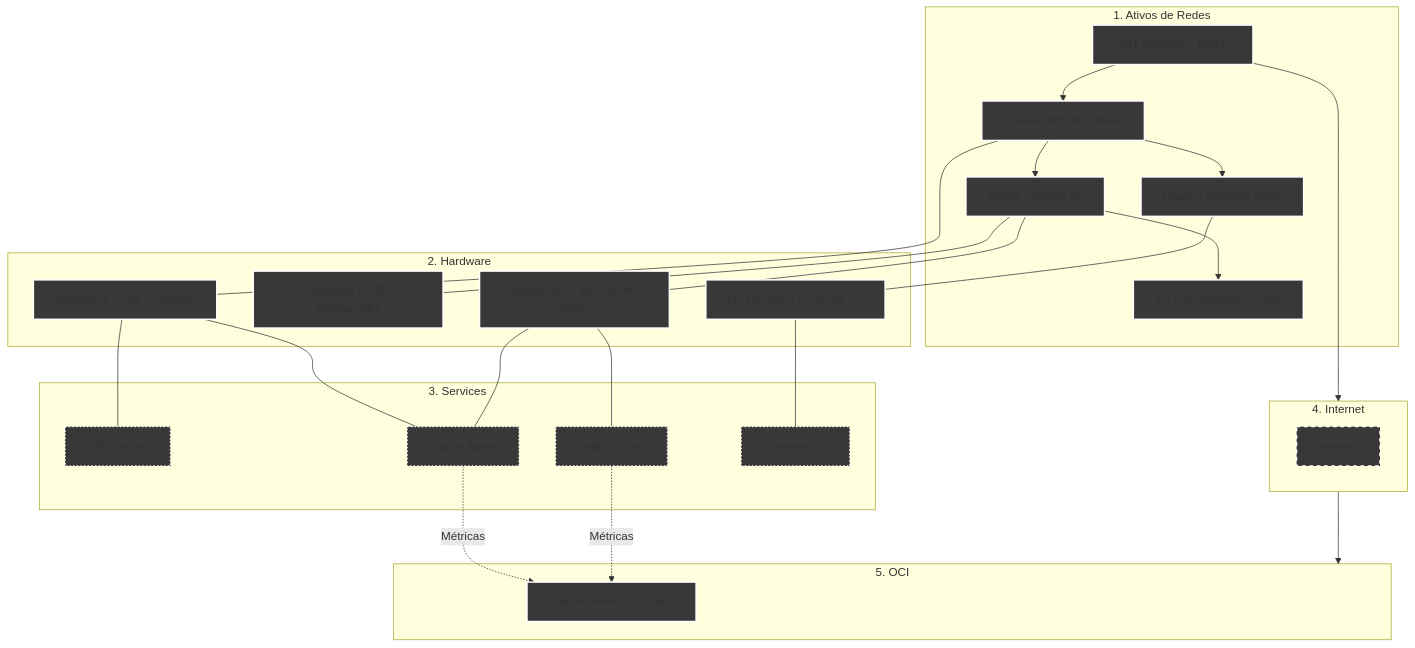
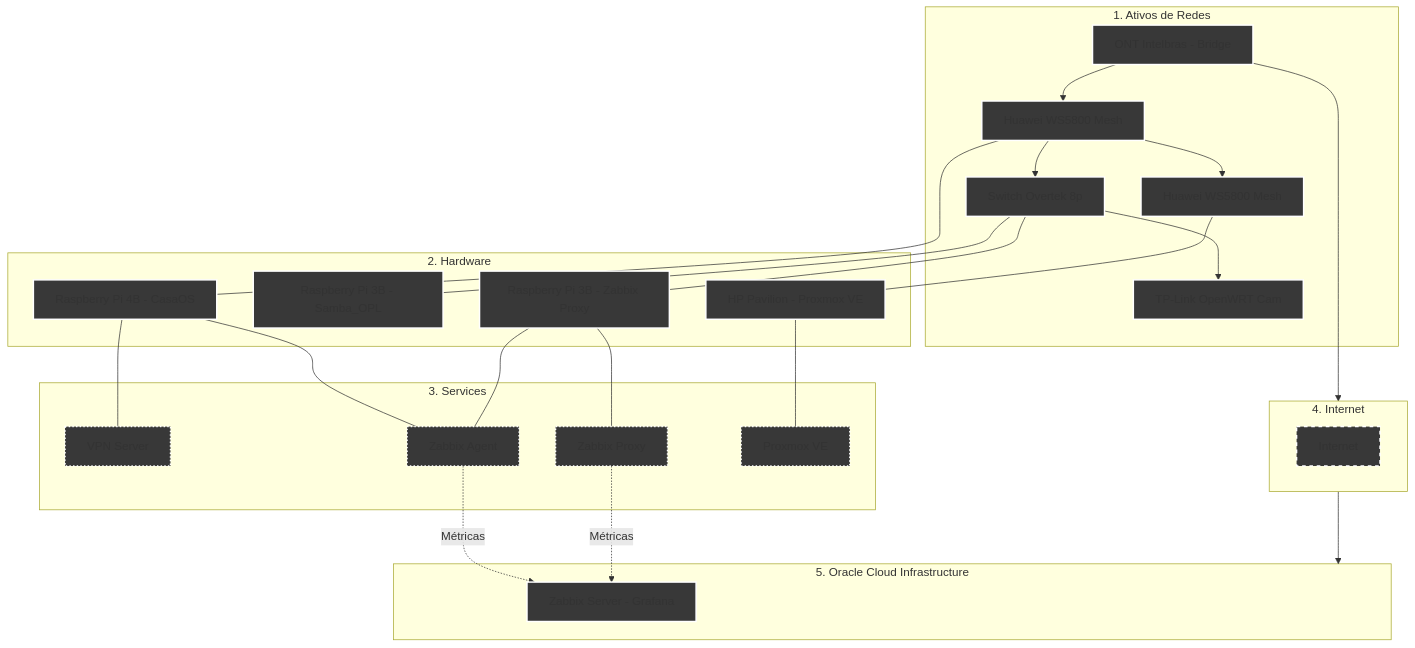
The diagram in Infraestructure/README.md (kevindexter22/Dr-Hardware-Autonet), drawn with Mermaid before and after one commit.

````diff
--- a/Infraestructure/README.md
+++ b/Infraestructure/README.md
@@ -13,53 +13,53 @@
 ```mermaid
 graph TD
     %% Styles
     classDef network fill:#383838,stroke:#FFFFFF,stroke-width:2px;
     classDef hardware fill:#383838,stroke:#FFFFFF,stroke-width:2px;
     classDef internet fill:#383838,stroke:#FFFFFF,stroke-width:2px,stroke-dasharray: 5 5;
     classDef services fill:#383838,stroke:#FFFFFF,stroke-width:2px, stroke-dasharray: 2 3;
     classDef oci fill:#383838,stroke:#FFFFFF,stroke-width:2px;
 
     %% 1. ATIVOS DE REDE
     subgraph S1 [1. Ativos de Redes]
         ONT[ONT Intelbras - Bridge]:::network --> R_Mesh1[Huawei WS5800 Mesh]:::network
         R_Mesh1 --> R_Mesh2[Huawei WS5800 Mesh]:::network
         R_Mesh1 --> SW1[Switch Overtek 8p]:::network
         SW1 --> R_Cams[TP-Link OpenWRT Cam]:::network
     end
 
     %% 2. HARDWARE
     subgraph S2 [2. Hardware]
         R_Mesh1 --- RPi4B[Raspberry Pi 4B - CasaOS]:::hardware
         SW1 --- RPi3B_1[Raspberry Pi 3B - Samba_OPL]:::hardware
         SW1 --- RPi3B_2[Raspberry Pi 3B - Zabbix Proxy]:::hardware
         R_Mesh2 --- HP[HP Pavilion - Proxmox VE]:::hardware
     end
 
     %% 3. SERVICES     
     subgraph S3 [3. Services];
         RPi4B --- VPN[VPN Server]:::services
         RPi4B --- ZA[Zabbix Agent]:::services
         RPi3B_2 --- ZA[Zabbix Agent]:::services
         RPi3B_2 --- ZP[Zabbix Proxy]:::services
         HP --- PVE[Proxmox VE]:::services        
     end
 
     %% 4. Internet (The Bridge)
     subgraph S4 [4. Internet]
            internet[Internet]:::internet
     end
 
     %% 5. Oracle Cloud Infrastructure
-    subgraph S5 [5. OCI]
+    subgraph S5 [5. Oracle Cloud Infrastructure]
         ZS[Zabbix Server - Grafana]:::oci
     end
 
     %% Conections of data flow
     ONT --> S4
     S4 --> S5
     
     %% Logical conections
     ZA -.-> |Métricas| ZS
     ZP -.-> |Métricas| ZS 
 
 ```
````
